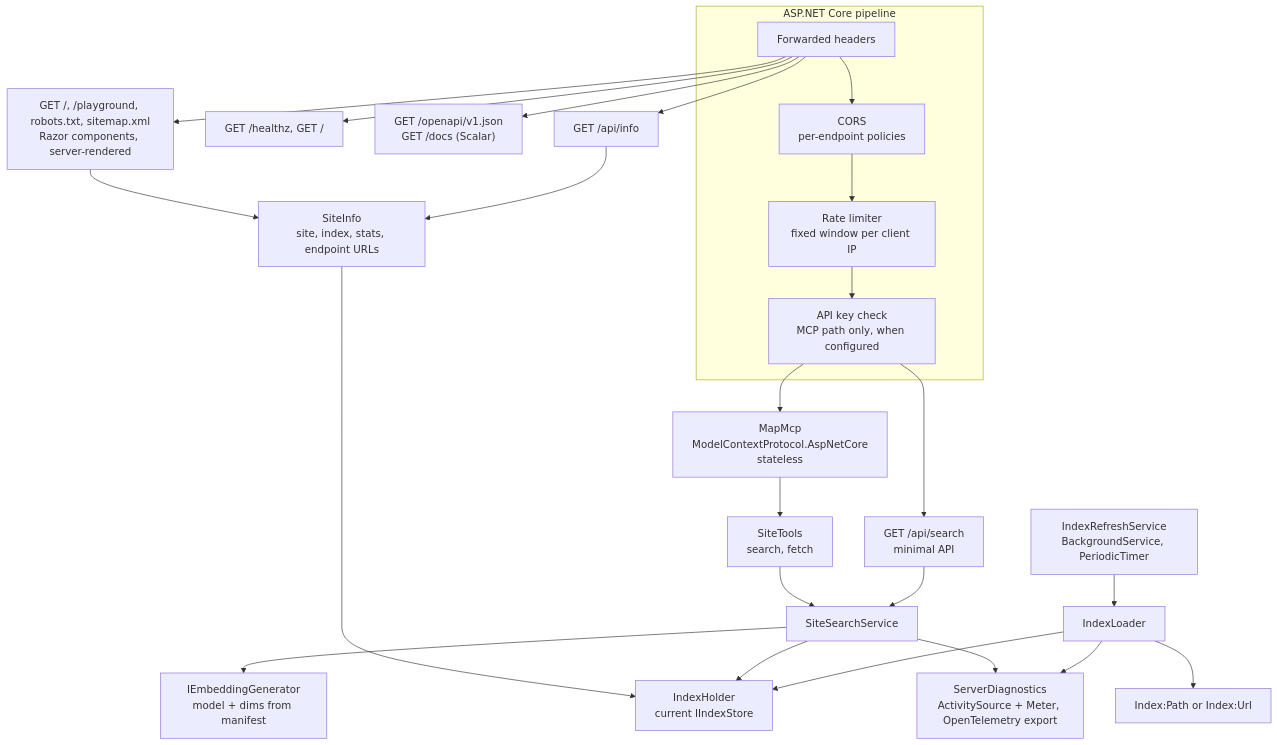
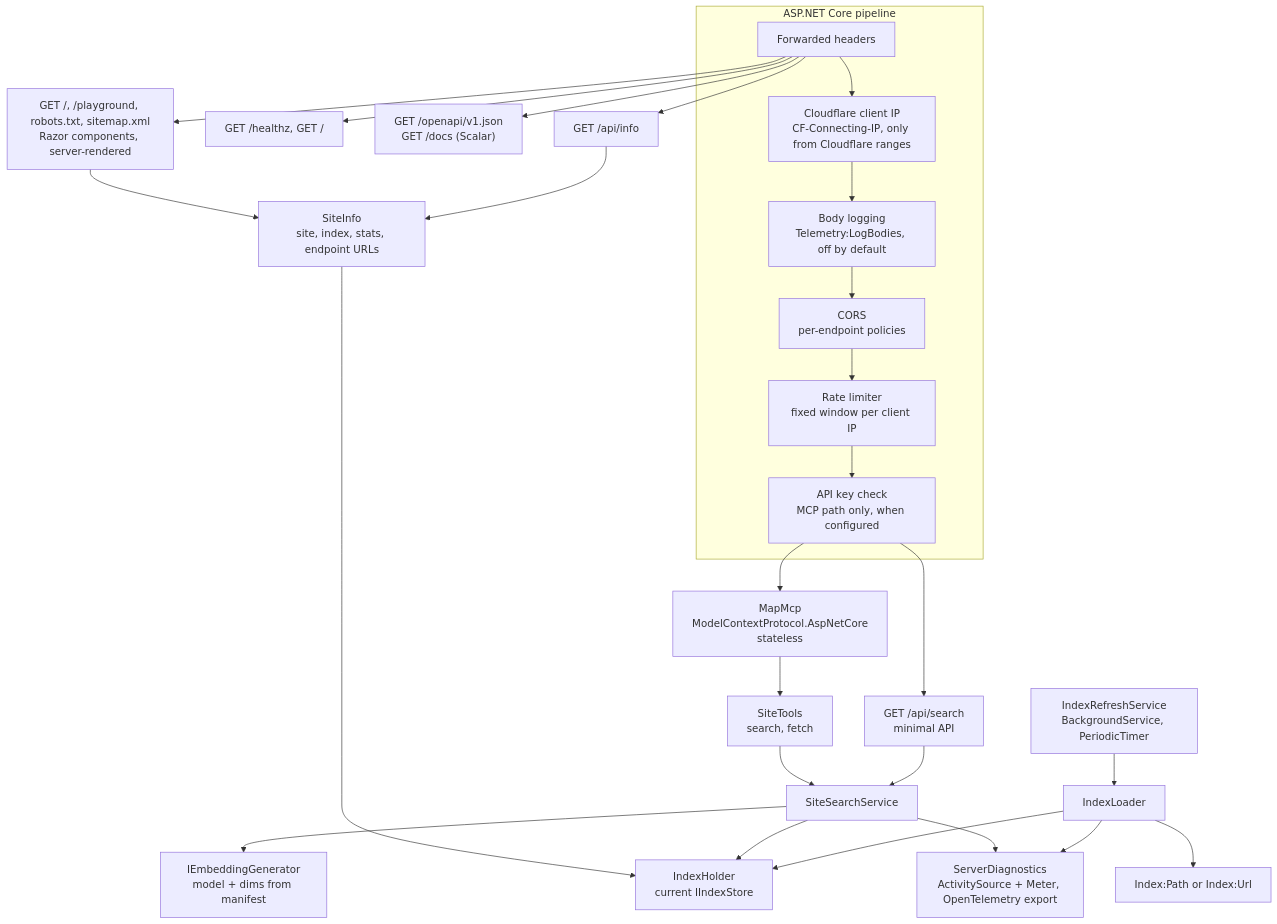
Before and after one commit to pournasserian/mcp-my-site: the ninth of 12 diagrams in docs/architecture.md, drawn with Mermaid. The commit also changed other lines of this file and 2 other files, not shown here.

Commit message:
Document Container Apps hosting behind Cloudflare

````diff
--- a/docs/architecture.md
+++ b/docs/architecture.md
@@ -329,26 +329,26 @@
 ```mermaid
 flowchart TB
     subgraph Pipeline["ASP.NET Core pipeline"]
-        FH["Forwarded headers"] --> CORS["CORS<br/>per-endpoint policies"] --> RL["Rate limiter<br/>fixed window per client IP"] --> Key["API key check<br/>MCP path only, when configured"]
+        FH["Forwarded headers"] --> CFIP["Cloudflare client IP<br/>CF-Connecting-IP, only from Cloudflare ranges"] --> BL["Body logging<br/>Telemetry:LogBodies, off by default"] --> CORS["CORS<br/>per-endpoint policies"] --> RL["Rate limiter<br/>fixed window per client IP"] --> Key["API key check<br/>MCP path only, when configured"]
     end
     Key --> MCP["MapMcp<br/>ModelContextProtocol.AspNetCore<br/>stateless"]
     Key --> SAPI["GET /api/search<br/>minimal API"]
     FH --> H["GET /healthz, GET /"]
     FH --> Docs["GET /openapi/v1.json<br/>GET /docs (Scalar)"]
     FH --> Pages["GET /, /playground, robots.txt, sitemap.xml<br/>Razor components, server-rendered"]
     FH --> Info["GET /api/info"]
     Pages --> SI["SiteInfo<br/>site, index, stats, endpoint URLs"]
     Info --> SI
     SI --> Holder
 
     MCP --> Tools["SiteTools<br/>search, fetch"]
     Tools --> SS["SiteSearchService"]
     SAPI --> SS
     SS --> Gen["IEmbeddingGenerator<br/>model + dims from manifest"]
     SS --> Holder["IndexHolder<br/>current IIndexStore"]
     Loader["IndexLoader"] --> Holder
     Refresh["IndexRefreshService<br/>BackgroundService, PeriodicTimer"] --> Loader
     Loader --> Src["Index:Path or Index:Url"]
     SS --> Tel["ServerDiagnostics<br/>ActivitySource + Meter, OpenTelemetry export"]
     Loader --> Tel
 ```
````
